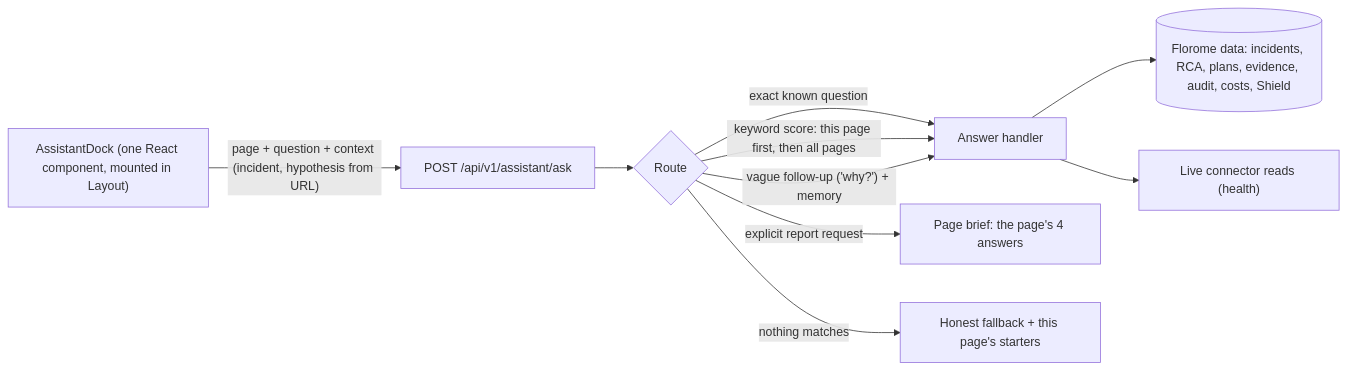
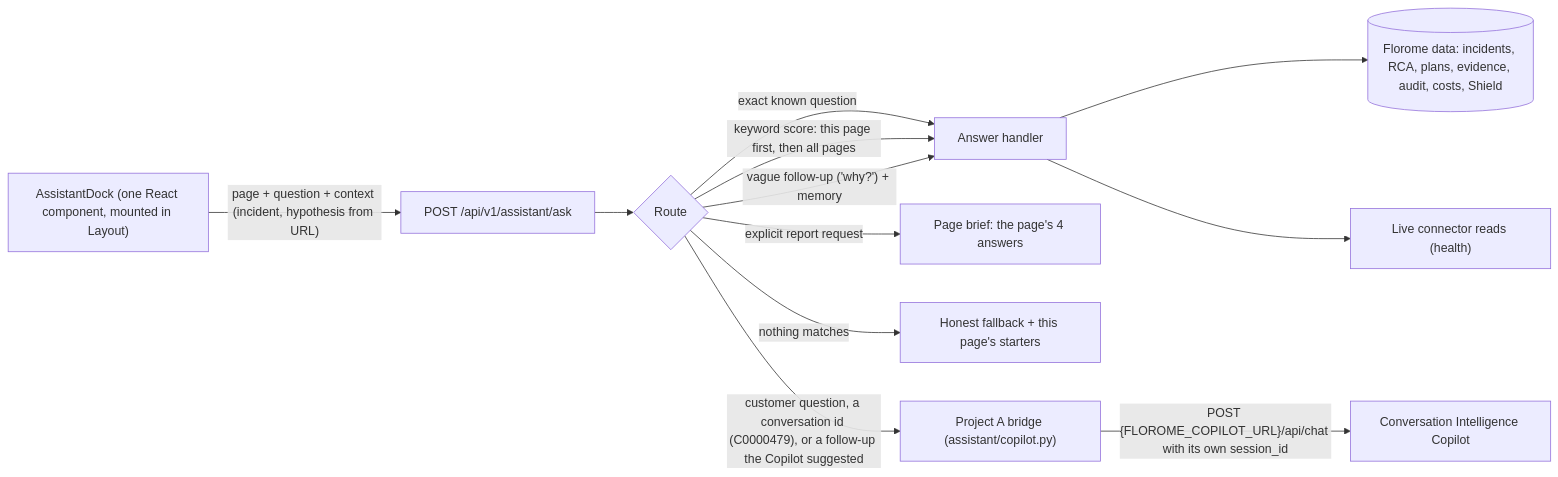
One commit to florina787/Data-sets changed the diagram in florome/docs/ASSISTANT.md. Above: the diagram before and after it, drawn with Mermaid. The commit also changed other lines of this file and 9 other files, not shown here.

First line of the commit message:
Document the Copilot home page and the Project A connection

````diff
--- a/florome/docs/ASSISTANT.md
+++ b/florome/docs/ASSISTANT.md
@@ -5,12 +10,14 @@
 ```mermaid
 flowchart LR
   UI["AssistantDock (one React component, mounted in Layout)"] -->|"page + question + context (incident, hypothesis from URL)"| API["POST /api/v1/assistant/ask"]
   API --> R{"Route"}
   R -->|"exact known question"| H["Answer handler"]
   R -->|"keyword score: this page first, then all pages"| H
   R -->|"vague follow-up ('why?') + memory"| H
   R -->|"explicit report request"| B["Page brief: the page's 4 answers"]
   R -->|"nothing matches"| F["Honest fallback + this page's starters"]
   H --> DB[("Florome data: incidents, RCA, plans, evidence, audit, costs, Shield")]
   H --> C["Live connector reads (health)"]
+  R -->|"customer question, a conversation id (C0000479), or a follow-up the Copilot suggested"| P["Project A bridge (assistant/copilot.py)"]
+  P -->|"POST {FLOROME_COPILOT_URL}/api/chat with its own session_id"| A["Conversation Intelligence Copilot"]
 ```
````
